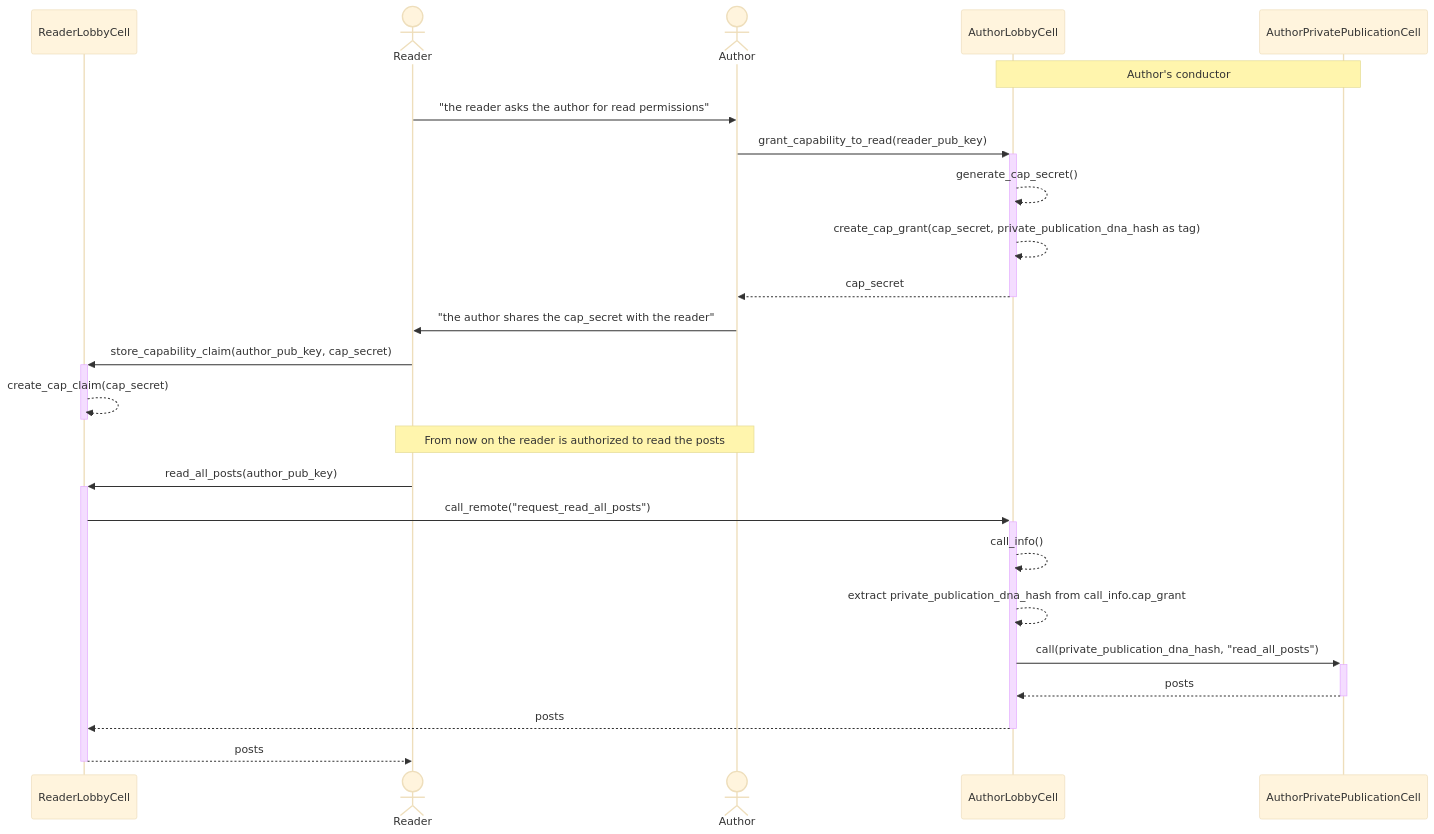
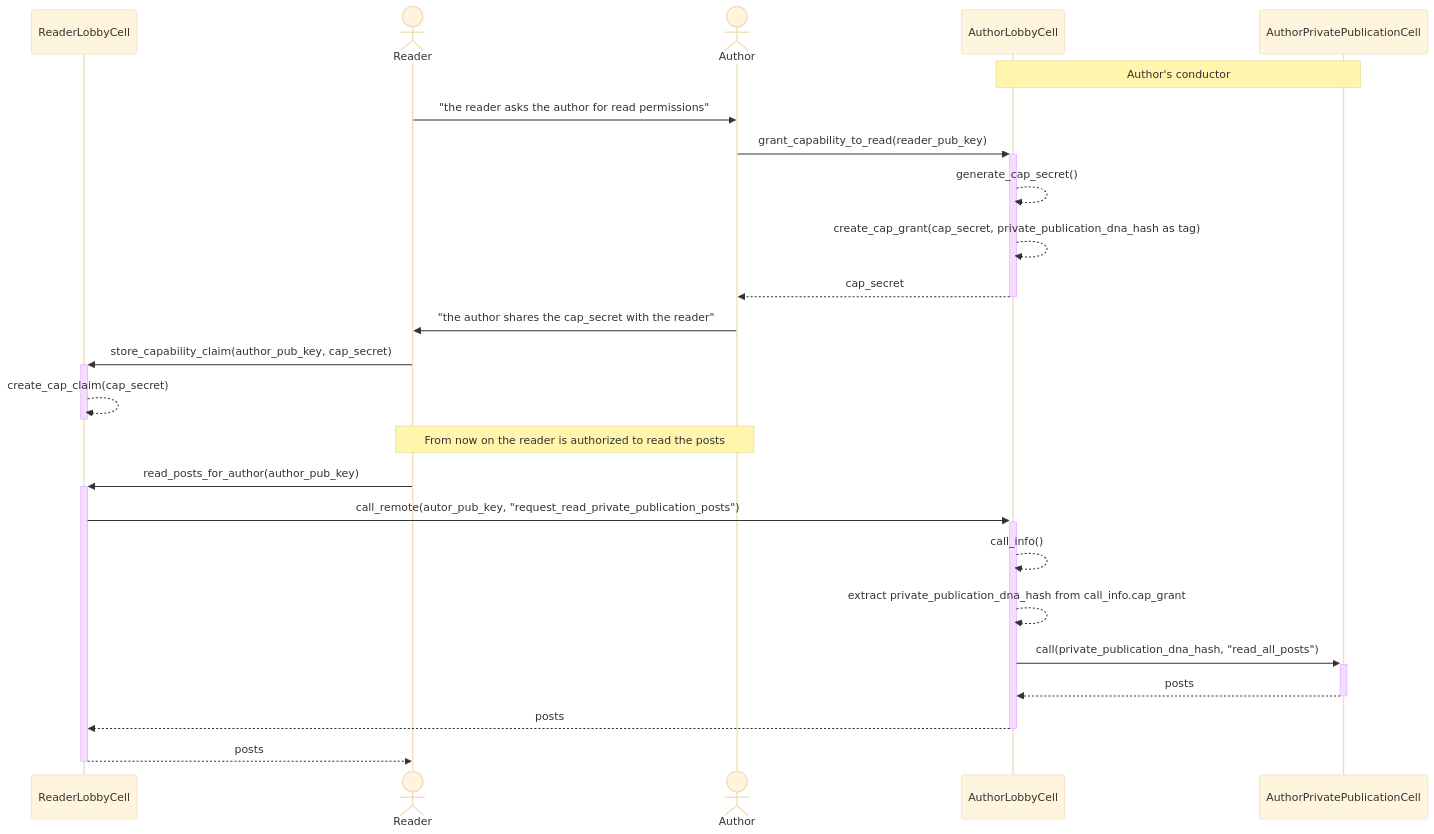
Before and after one commit to holochain-immersive/private-publication: the diagram in EXERCISES.md, drawn with Mermaid (base theme).

Commit message:
Fixed diagram

````diff
--- a/EXERCISES.md
+++ b/EXERCISES.md
@@ -65,28 +65,28 @@
 ```mermaid
 sequenceDiagram
 
 participant ReaderLobbyCell
 actor Reader
 actor Author
 participant AuthorLobbyCell
 participant AuthorPrivatePublicationCell
 
 Note over AuthorLobbyCell,AuthorPrivatePublicationCell: Author's conductor
 Reader->>Author: "the reader asks the author for read permissions"
 Author->>+AuthorLobbyCell: grant_capability_to_read(reader_pub_key)
 AuthorLobbyCell-->>AuthorLobbyCell: generate_cap_secret()
 AuthorLobbyCell-->>AuthorLobbyCell: create_cap_grant(cap_secret, private_publication_dna_hash as tag)
 AuthorLobbyCell-->>-Author: cap_secret
 Author->>Reader: "the author shares the cap_secret with the reader"
 Reader->>+ReaderLobbyCell: store_capability_claim(author_pub_key, cap_secret)
 ReaderLobbyCell-->>-ReaderLobbyCell: create_cap_claim(cap_secret)
 Note over Author,Reader: From now on the reader is authorized to read the posts
-Reader->>+ReaderLobbyCell: read_all_posts(author_pub_key)
-ReaderLobbyCell->>+AuthorLobbyCell: call_remote("request_read_all_posts")
+Reader->>+ReaderLobbyCell: read_posts_for_author(author_pub_key)
+ReaderLobbyCell->>+AuthorLobbyCell: call_remote(autor_pub_key, "request_read_private_publication_posts")
 AuthorLobbyCell-->>AuthorLobbyCell: call_info()
 AuthorLobbyCell-->>AuthorLobbyCell: extract private_publication_dna_hash from call_info.cap_grant
 AuthorLobbyCell->>+AuthorPrivatePublicationCell: call(private_publication_dna_hash, "read_all_posts")
 AuthorPrivatePublicationCell-->>-AuthorLobbyCell: posts
 AuthorLobbyCell-->>-ReaderLobbyCell: posts
 ReaderLobbyCell-->>-Reader: posts
 ```
````
